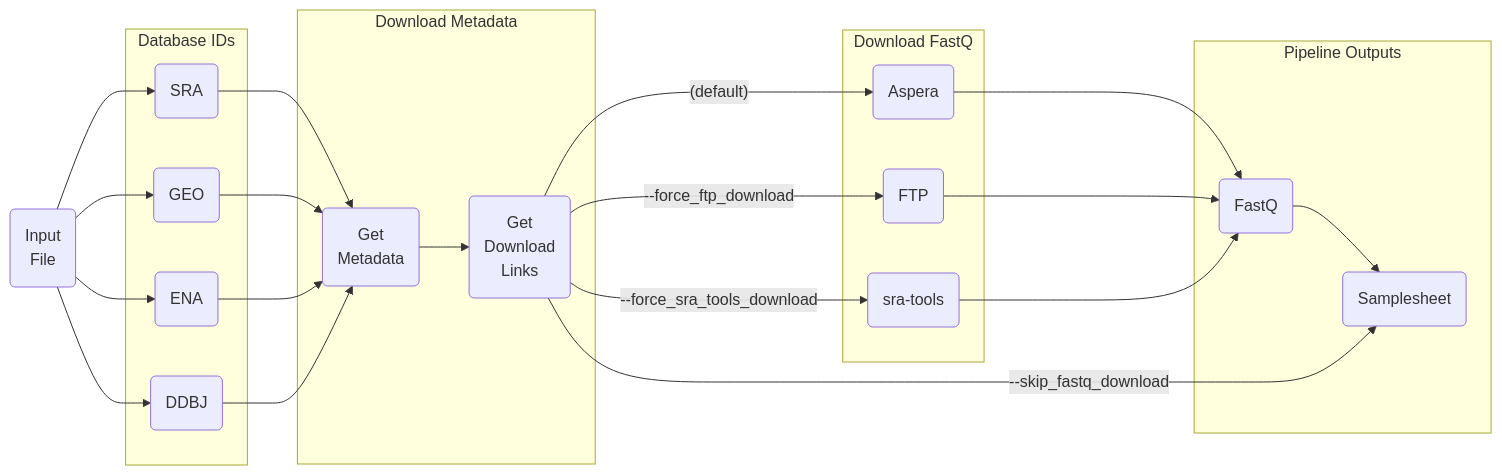
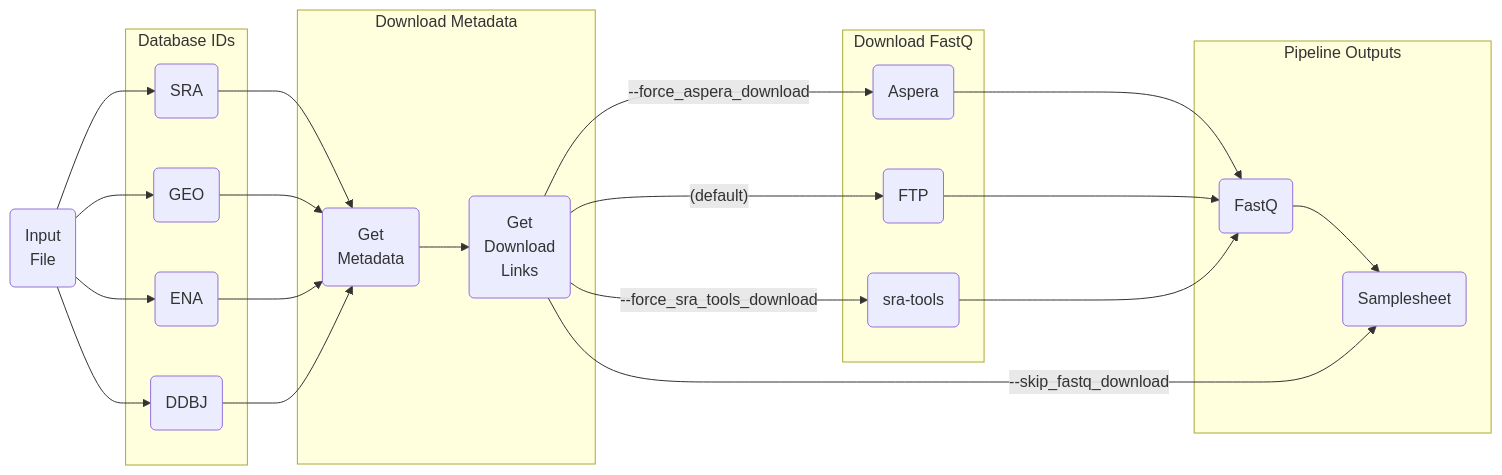
The diagram in README.md (nf-core/fetchngs), drawn with Mermaid before and after one commit.

Commit message:
Apply suggestions from code review

````diff
--- a/README.md
+++ b/README.md
@@ -26,29 +26,29 @@
 ```mermaid
 flowchart LR
     IDS("Input
     File") --> SRA & GEO & ENA & DDBJ
     subgraph SG_DBIDS[Database IDs]
       SRA("SRA")
       GEO("GEO")
       ENA("ENA")
       DDBJ("DDBJ")
     end
     subgraph SG_METADATA[Download Metadata]
       SRA & GEO & ENA & DDBJ --> META("Get
       Metadata")
       META --> LINKS("Get
       Download
       Links")
     end
     subgraph SG_FETCH_FASTQ[Download FastQ]
-      LINKS --> |"(default)"| ASPERA("Aspera")
-      LINKS --> |--force_ftp_download| FTP("FTP")
+      LINKS --> |"(default)"| FTP("FTP")
+      LINKS --> |--force_aspera_download| ASPERA("Aspera")
       LINKS --> |--force_sra_tools_download| SRATOOLS("sra-tools")
     end
     subgraph SG_FASTQ[Pipeline Outputs]
       ASPERA & FTP & SRATOOLS --> FASTQ("FastQ")
       FASTQ --> SAMPLESHEET("Samplesheet")
     end
     LINKS --> |--skip_fastq_download| SAMPLESHEET
 
 ```
````
